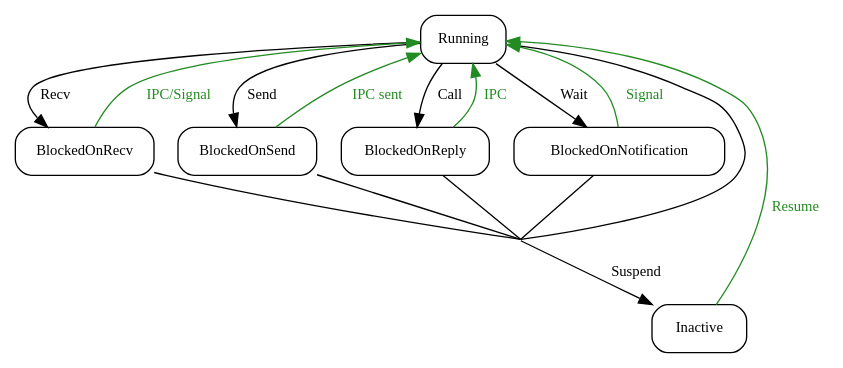
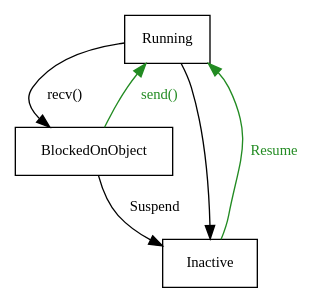
The diagram in imgs/thread_state.gv (pingerino/phd), drawn with Graphviz before and after one commit. The commit also changed 3 other files, not shown here.

```diff
--- a/imgs/thread_state.gv
+++ b/imgs/thread_state.gv
@@ -1,31 +1,16 @@
 digraph {
     ratio = "compress"
-    node [fontsize=11,style=rounded,fontname="inconsolata"]
+    node [fontsize=11,style=solid,fontname="inconsolata"]
     edge [fontsize=11,fontname="inconsolata"]
     //actual nodes
     Running [shape=box]
-    BlockedOnRecv [shape=box]
-    BlockedOnSend [shape=box]
-    BlockedOnReply [shape=box]
-    BlockedOnNotification [shape=box]
+    BlockedOnObject [shape=box]
     Inactive [shape=box]
-    Invisible [shape=point,height=0]
     
-    Running -> BlockedOnRecv[label=" Recv"];
-    Running -> BlockedOnSend[label=" Send"];
-    Running -> BlockedOnReply[label=" Call"];
-    Running -> BlockedOnNotification[label=" Wait"];
-    BlockedOnRecv     -> Running[label=" IPC/Signal",color="forestgreen",fontcolor="forestgreen"]
-    BlockedOnSend     -> Running[label=" IPC sent",color="forestgreen",fontcolor="forestgreen"]
-    BlockedOnReply     -> Running[label=" IPC",color="forestgreen",fontcolor="forestgreen"]
-    BlockedOnNotification     -> Running[label=" Signal",color="forestgreen",fontcolor="forestgreen"]
+    Running -> BlockedOnObject[label=" recv()"];
+    BlockedOnObject     -> Running[label=" send()",color="forestgreen",fontcolor="forestgreen"]
     Inactive -> Running[label=" Resume",color="forestgreen",fontcolor="forestgreen"];
-    Running -> Invisible[dir = none];
-    BlockedOnRecv     -> Invisible[dir = none];
-    BlockedOnSend     -> Invisible[dir = none];
-    BlockedOnReply     -> Invisible[dir = none];
-    BlockedOnNotification     -> Invisible[dir = none];
-//    Invisible [shape=dot];
-    Invisible -> Inactive [label=" Suspend"];
+    Running -> Inactive;
+    BlockedOnObject -> Inactive [label=" Suspend"];
     
 }
```
